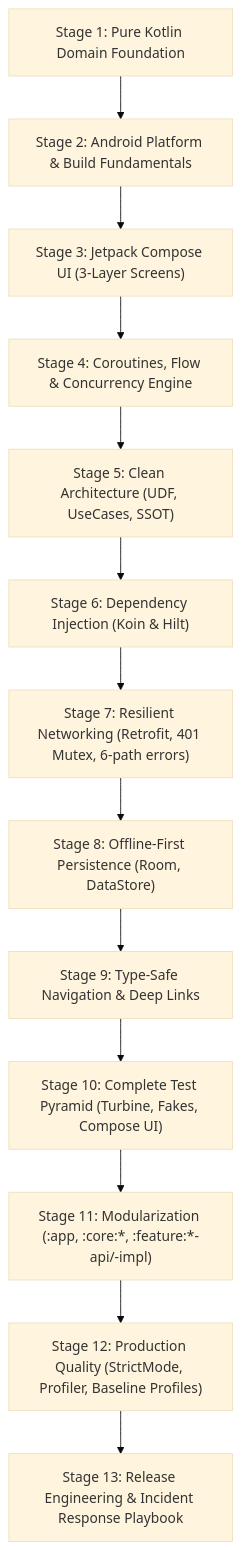
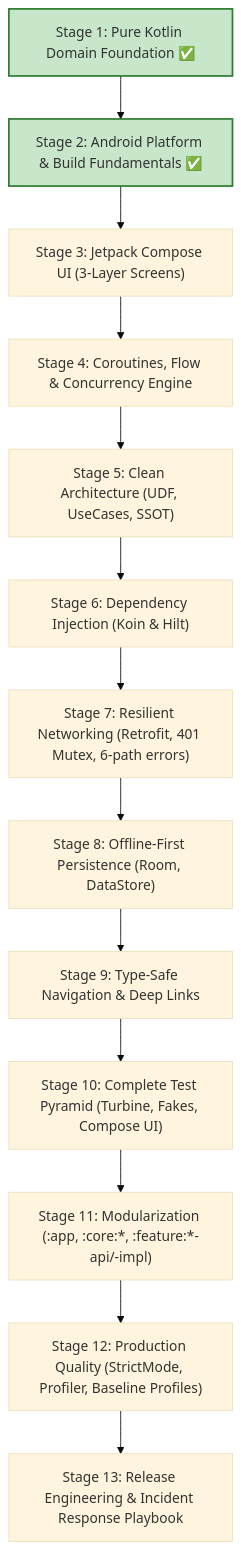
One commit to rohitlavate97/android-development changed the diagram in real time app/README.md. Above: the diagram before and after it, drawn with Mermaid (base theme). The commit also changed other lines of this file and 11 other files, not shown here.

Commit message:
feat(stage-2): Implement Android Platform Fundamentals with Gradle setup, Manifest, Application, and Activity lifecycle

````diff
--- a/real time app/README.md
+++ b/real time app/README.md
@@ -23,15 +21,18 @@
 ```mermaid
 graph TD
-    S01["Stage 1: Pure Kotlin Domain Foundation"] --> S02["Stage 2: Android Platform & Build Fundamentals"]
+    S01["Stage 1: Pure Kotlin Domain Foundation ✅"] --> S02["Stage 2: Android Platform & Build Fundamentals ✅"]
     S02 --> S03["Stage 3: Jetpack Compose UI (3-Layer Screens)"]
     S03 --> S04["Stage 4: Coroutines, Flow & Concurrency Engine"]
     S04 --> S05["Stage 5: Clean Architecture (UDF, UseCases, SSOT)"]
     S05 --> S06["Stage 6: Dependency Injection (Koin & Hilt)"]
     S06 --> S07["Stage 7: Resilient Networking (Retrofit, 401 Mutex, 6-path errors)"]
     S07 --> S08["Stage 8: Offline-First Persistence (Room, DataStore)"]
     S08 --> S09["Stage 9: Type-Safe Navigation & Deep Links"]
     S09 --> S10["Stage 10: Complete Test Pyramid (Turbine, Fakes, Compose UI)"]
     S10 --> S11["Stage 11: Modularization (:app, :core:*, :feature:*-api/-impl)"]
     S11 --> S12["Stage 12: Production Quality (StrictMode, Profiler, Baseline Profiles)"]
     S12 --> S13["Stage 13: Release Engineering & Incident Response Playbook"]
+
+    style S01 fill:#c8e6c9,stroke:#2e7d32,stroke-width:2px
+    style S02 fill:#c8e6c9,stroke:#2e7d32,stroke-width:2px
 ```
````
